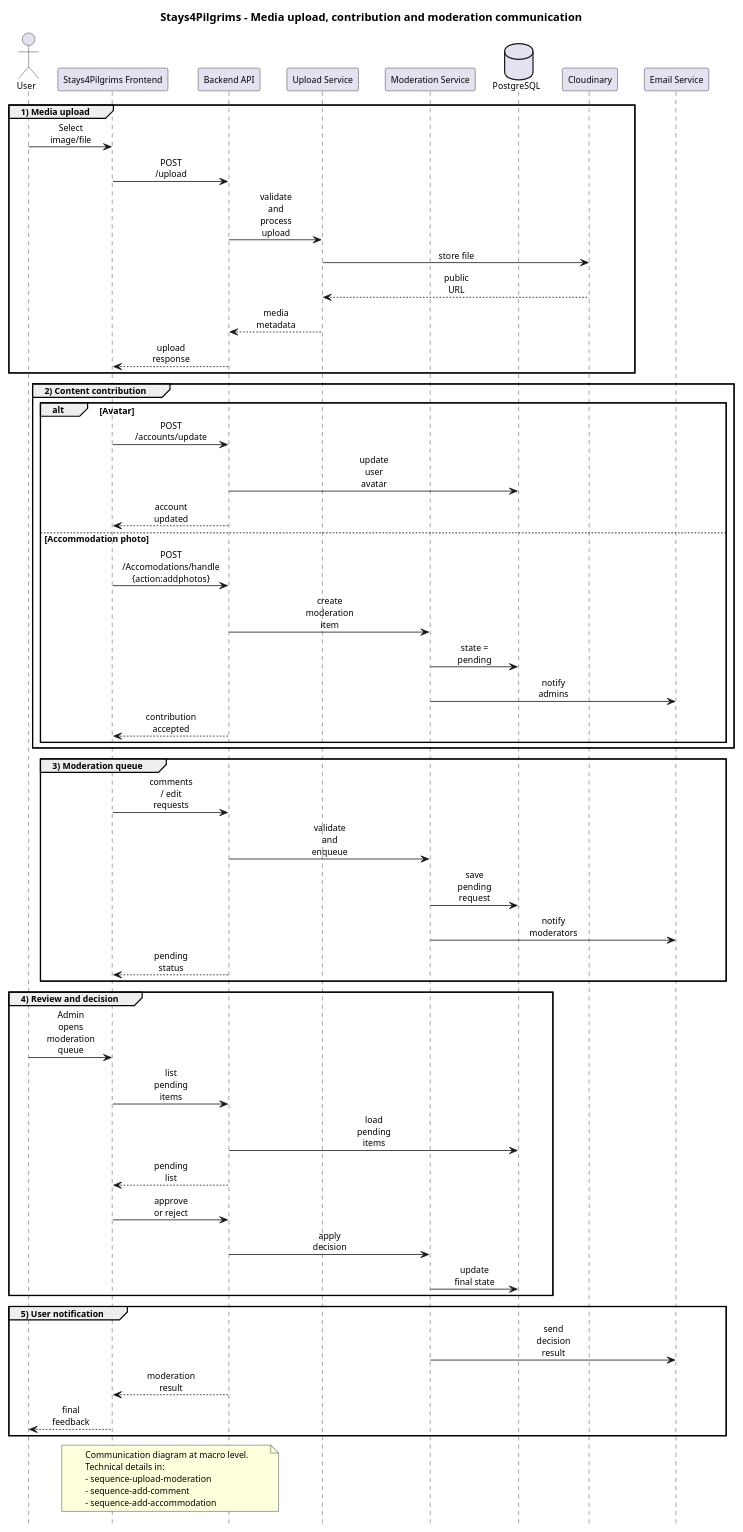
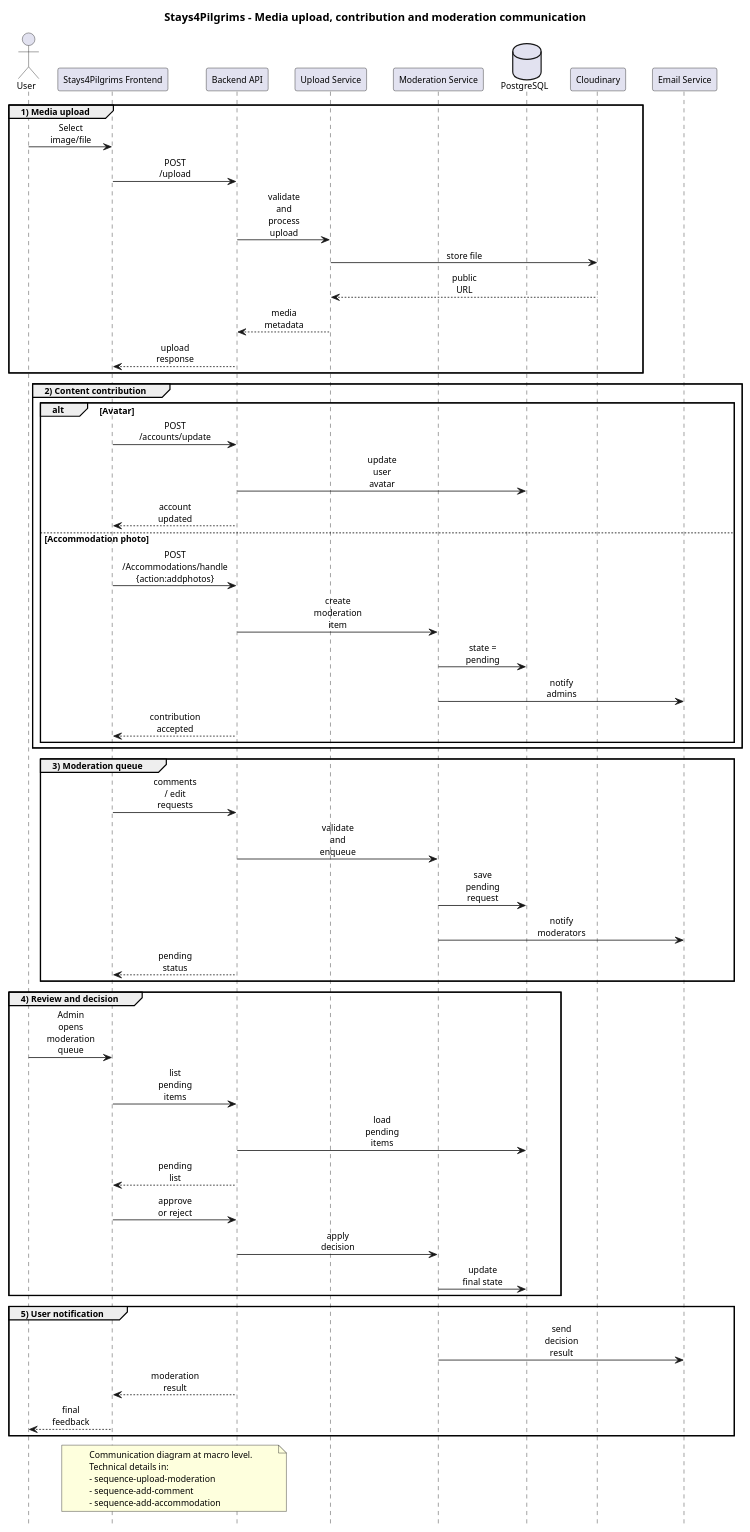
Before and after one commit to alegna83/cookbook-be: the diagram in docs/diagrams/communication-media-moderation-flow.puml, drawn with PlantUML. The commit also changed 14 other files, not shown here.

Commit message:
docs: update architecture diagrams and accommodation spelling

```diff
--- a/docs/diagrams/communication-media-moderation-flow.puml
+++ b/docs/diagrams/communication-media-moderation-flow.puml
@@ -1,80 +1,80 @@
 @startuml
 title Stays4Pilgrims - Media upload, contribution and moderation communication
 scale 0.95
 hide footbox
 skinparam defaultFontName Arial
 skinparam defaultFontSize 11
 skinparam maxMessageSize 52
 skinparam sequence {
   ParticipantPadding 12
   BoxPadding 10
   MessageAlign center
   ArrowThickness 1
 }
 
 actor User
 participant "Stays4Pilgrims Frontend" as FE
 participant "Backend API" as API
 participant "Upload Service" as UploadSvc
 participant "Moderation Service" as ModSvc
 database "PostgreSQL" as DB
 participant "Cloudinary" as Cloudinary
 participant "Email Service" as Email
 
 group 1) Media upload
   User -> FE : Select image/file
   FE -> API : POST /upload
   API -> UploadSvc : validate and process upload
   UploadSvc -> Cloudinary : store file
   Cloudinary --> UploadSvc : public URL
   UploadSvc --> API : media metadata
   API --> FE : upload response
 end
 
 group 2) Content contribution
   alt Avatar
     FE -> API : POST /accounts/update
     API -> DB : update user avatar
     API --> FE : account updated
   else Accommodation photo
-    FE -> API : POST /Accomodations/handle {action:addphotos}
+    FE -> API : POST /Accommodations/handle {action:addphotos}
     API -> ModSvc : create moderation item
     ModSvc -> DB : state = pending
     ModSvc -> Email : notify admins
     API --> FE : contribution accepted
   end
 end
 
 group 3) Moderation queue
   FE -> API : comments / edit requests
   API -> ModSvc : validate and enqueue
   ModSvc -> DB : save pending request
   ModSvc -> Email : notify moderators
   API --> FE : pending status
 end
 
 group 4) Review and decision
   User -> FE : Admin opens moderation queue
   FE -> API : list pending items
   API -> DB : load pending items
   API --> FE : pending list
   FE -> API : approve or reject
   API -> ModSvc : apply decision
   ModSvc -> DB : update final state
 end
 
 group 5) User notification
   ModSvc -> Email : send decision result
   API --> FE : moderation result
   FE --> User : final feedback
 end
 
 note over FE,API
 Communication diagram at macro level.
 Technical details in:
 - sequence-upload-moderation
 - sequence-add-comment
 - sequence-add-accommodation
 end note
 
 @enduml
```
